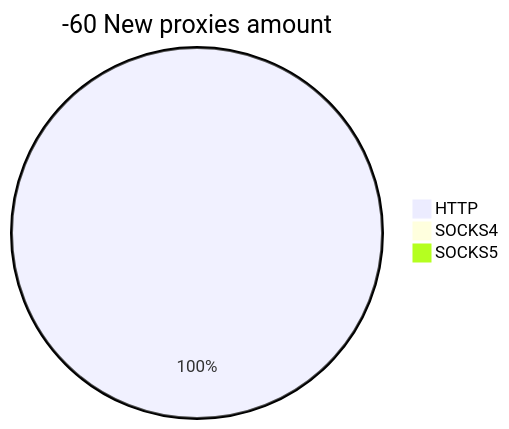
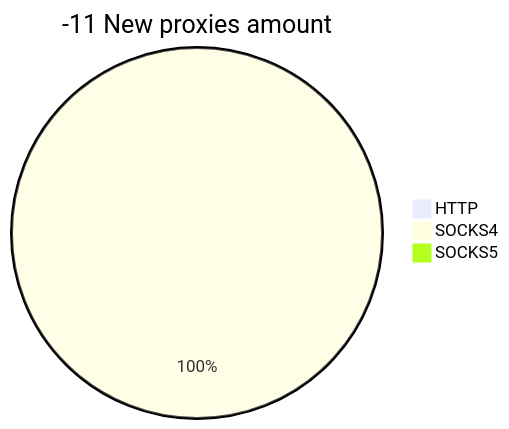
One commit to cutipu/proxylist changed the second of 2 diagrams in README.md. Above: the diagram before and after it, drawn with Mermaid. The commit also changed other lines of this file, not shown here.

````diff
--- a/README.md
+++ b/README.md
@@ -10,6 +10,6 @@
 ```mermaid
-pie title -60 New proxies amount
-    "HTTP" : 8
-    "SOCKS4" : 0
+pie title -11 New proxies amount
+    "HTTP" : 0
+    "SOCKS4" : 44
     "SOCKS5" : 0
 ```
````
